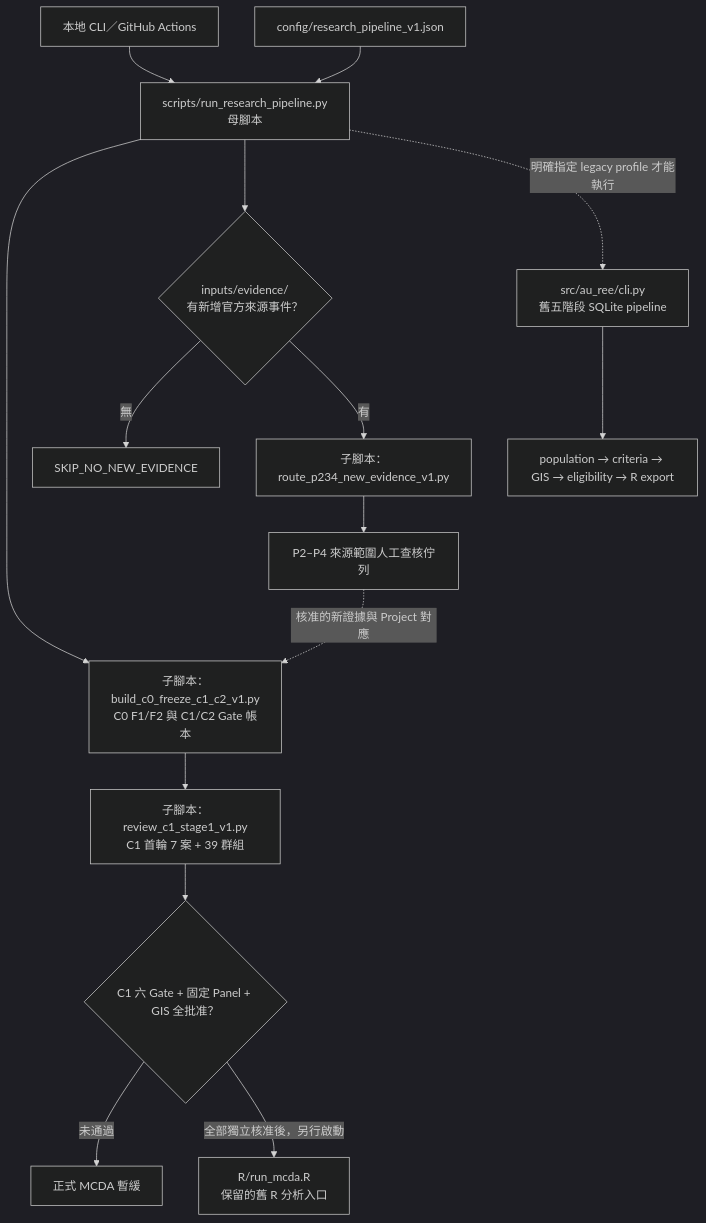
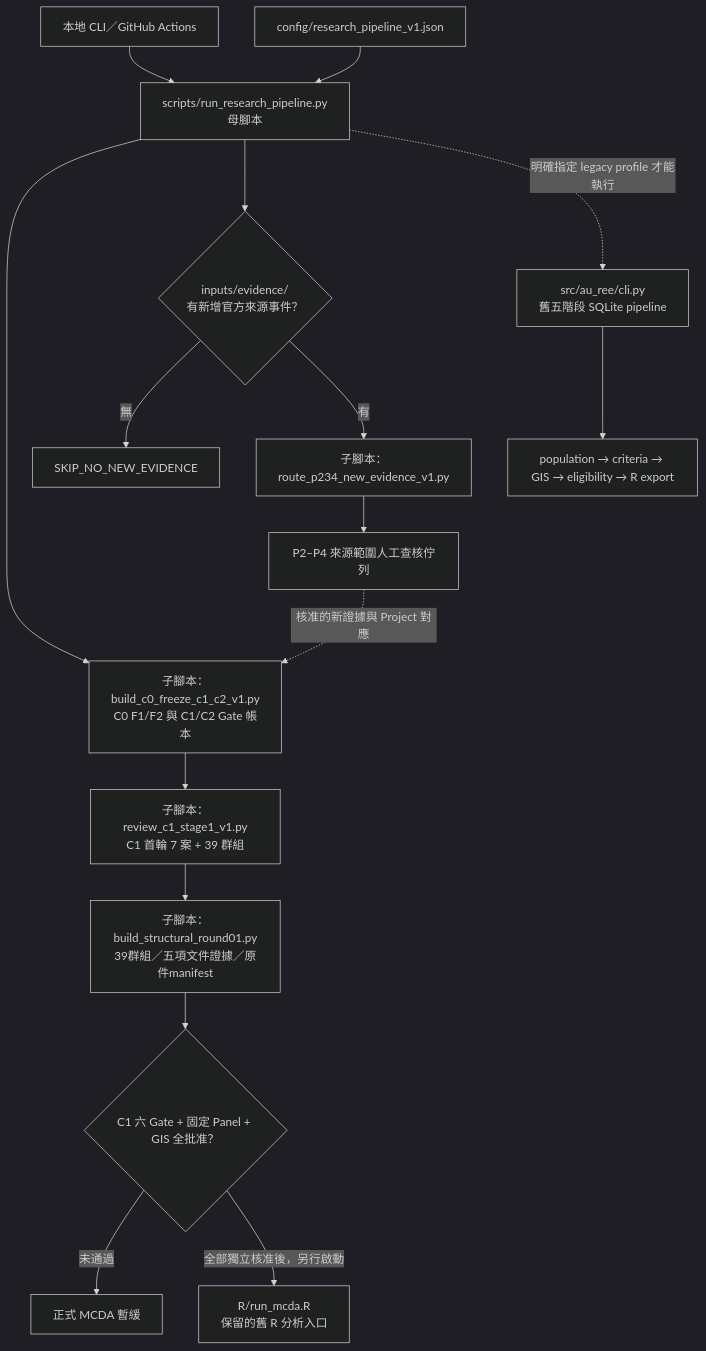
One commit to lleeoo0611-stack/AU_REE changed the second of 2 diagrams in README.md. Above: the diagram before and after it, drawn with Mermaid (dark theme). The commit also changed other lines of this file and 23 other files, not shown here.

````diff
--- a/README.md
+++ b/README.md
@@ -48,18 +51,19 @@
 ```mermaid
 flowchart TD
     USER["本地 CLI／GitHub Actions"] --> M["scripts/run_research_pipeline.py<br/>母腳本"]
     CFG["config/research_pipeline_v1.json"] --> M
     M --> CO["子腳本：build_c0_freeze_c1_c2_v1.py<br/>C0 F1/F2 與 C1/C2 Gate 帳本"]
     CO --> CI["子腳本：review_c1_stage1_v1.py<br/>C1 首輪 7 案 + 39 群組"]
+    CI --> SR["子腳本：build_structural_round01.py<br/>39群組／五項文件證據／原件manifest"]
     M --> EVT{"inputs/evidence/<br/>有新增官方來源事件？"}
     EVT -- "無" --> SKIP["SKIP_NO_NEW_EVIDENCE"]
     EVT -- "有" --> ROUTE["子腳本：route_p234_new_evidence_v1.py"]
     ROUTE --> QUEUE["P2–P4 來源範圍人工查核佇列"]
     QUEUE -. "核准的新證據與 Project 對應" .-> CO
     M -. "明確指定 legacy profile 才能執行" .-> OLD["src/au_ree/cli.py<br/>舊五階段 SQLite pipeline"]
     OLD --> V1["population → criteria → GIS → eligibility → R export"]
     GATE{"C1 六 Gate + 固定 Panel + GIS 全批准？"}
-    CI --> GATE
+    SR --> GATE
     GATE -- "未通過" --> BLOCK["正式 MCDA 暫緩"]
     GATE -- "全部獨立核准後，另行啟動" --> R["R/run_mcda.R<br/>保留的舊 R 分析入口"]
 ```
````
